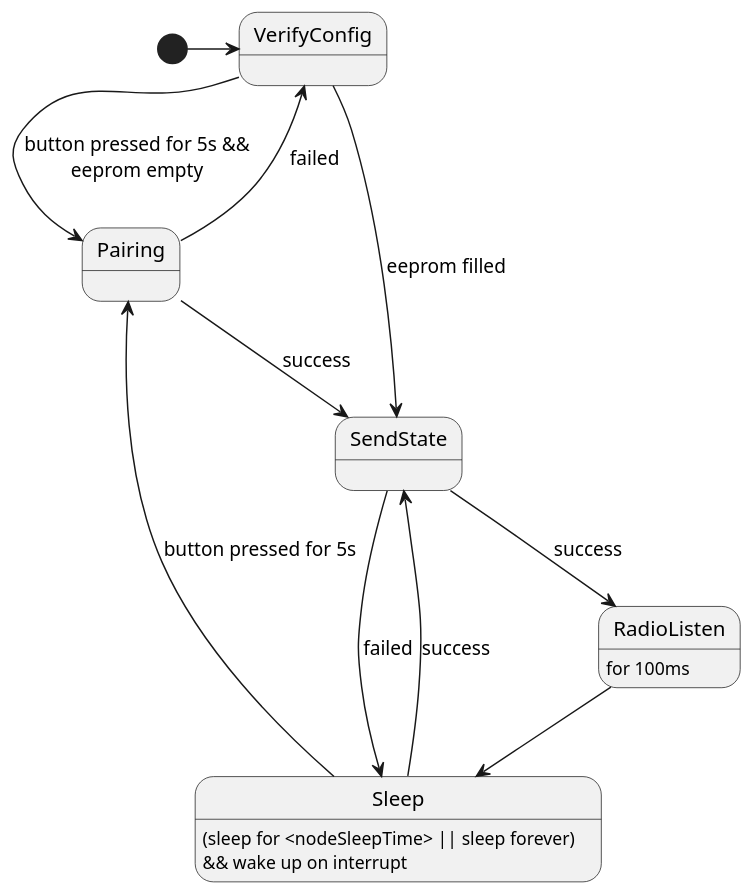
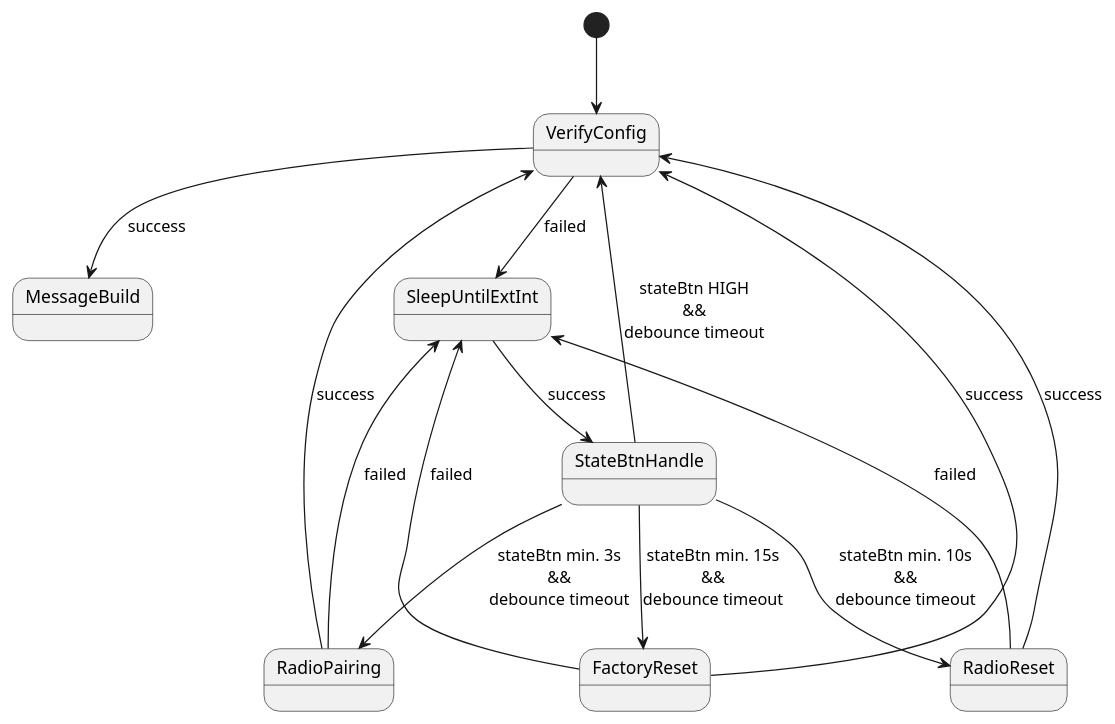
Before and after one commit to damiandrzewicz/iots-rf-core-lib: the sixth of 6 diagrams in docs/README.md, drawn with PlantUML. The commit also changed other lines of this file and 11 other files, not shown here.

```diff
--- a/docs/README.md
+++ b/docs/README.md
@@ -178,16 +189,17 @@
 @startuml
-scale 600 width
+[*] --> VerifyConfig
+VerifyConfig --> MessageBuild : success
+VerifyConfig --> SleepUntilExtInt : failed
+SleepUntilExtInt --> StateBtnHandle : success
+StateBtnHandle --> VerifyConfig : stateBtn HIGH\n&&\ndebounce timeout
+StateBtnHandle --> RadioPairing : stateBtn min. 3s\n&&\ndebounce timeout
+RadioPairing --> VerifyConfig : success
+RadioPairing --> SleepUntilExtInt : failed
+StateBtnHandle --> RadioReset : stateBtn min. 10s\n&&\ndebounce timeout
+RadioReset --> VerifyConfig : success
+RadioReset --> SleepUntilExtInt : failed
+StateBtnHandle --> FactoryReset : stateBtn min. 15s\n&&\ndebounce timeout
+FactoryReset --> VerifyConfig : success
+FactoryReset --> SleepUntilExtInt : failed
 
-[*] -> VerifyConfig
-VerifyConfig --> Pairing : button pressed for 5s &&\neeprom empty
-VerifyConfig --> SendState : eeprom filled
-Pairing --> SendState : success
-Pairing --> VerifyConfig : failed
-SendState --> RadioListen : success
-SendState --> Sleep : failed
-state RadioListen : for 100ms
-RadioListen --> Sleep
-state Sleep : (sleep for <nodeSleepTime> || sleep forever) \n&& wake up on interrupt
-Sleep --> SendState : success
-Sleep --> Pairing : button pressed for 5s
 @enduml
```
